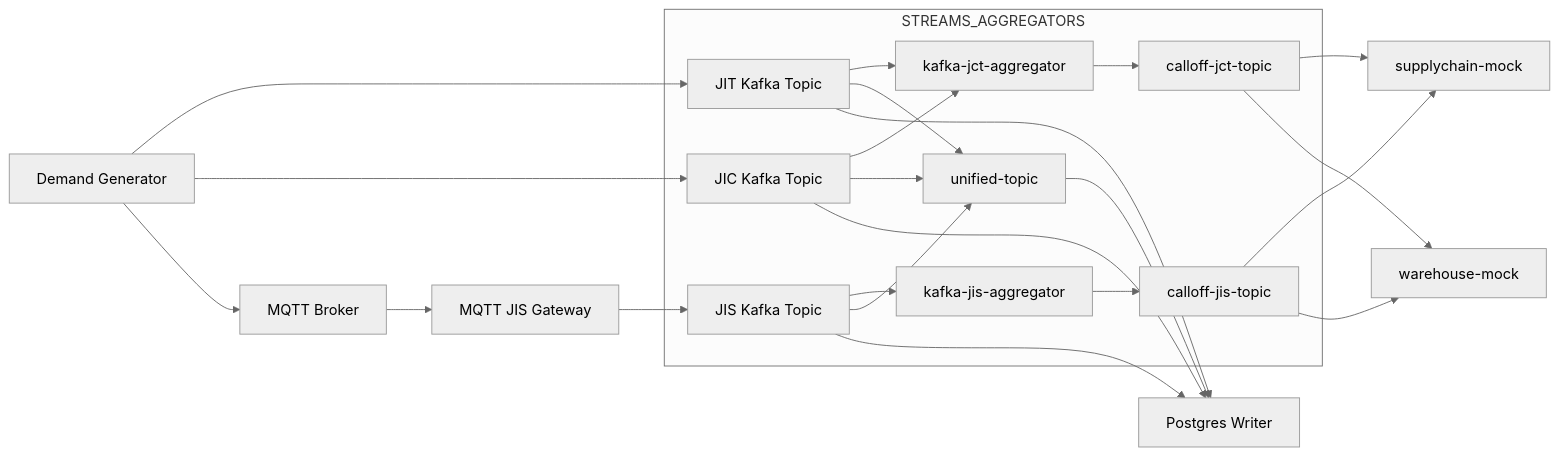
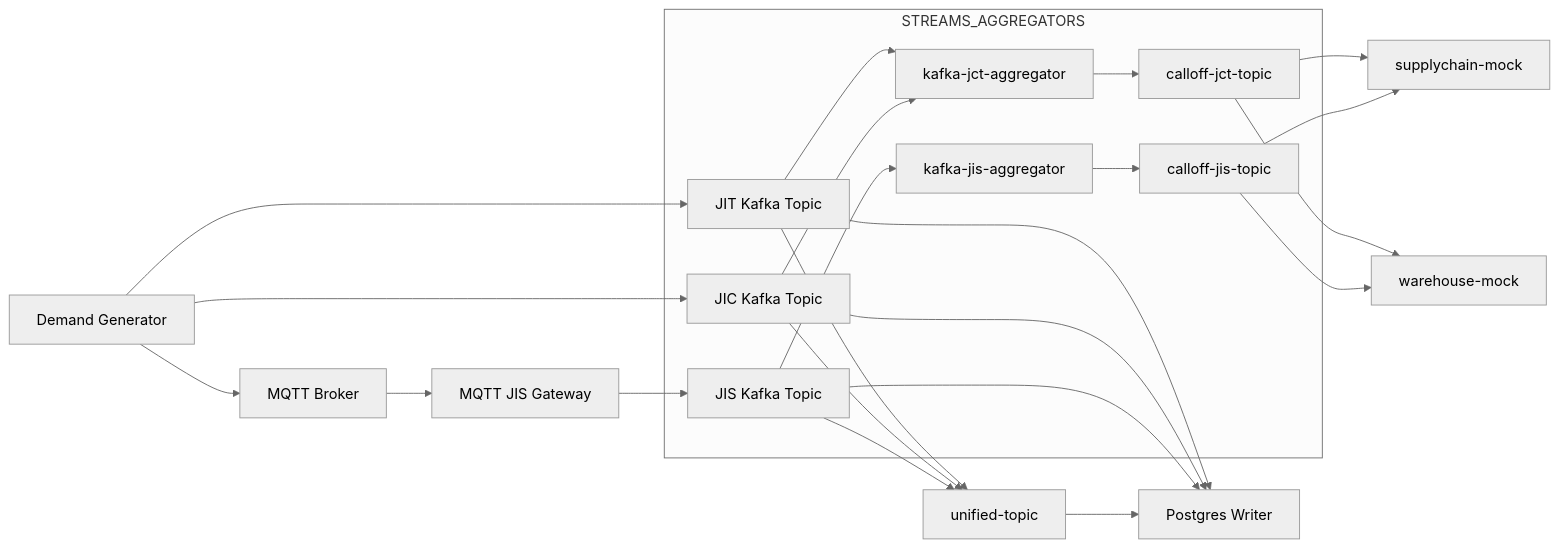
The diagram in README.md (KathiravanMuthaiah/Event-Driven-Logistics-Platform), drawn with Mermaid (neutral theme) before and after one commit. The commit also changed 1 other file, not shown here.

Commit message:
kafka stream flow diagram updated

````diff
--- a/README.md
+++ b/README.md
@@ -250,30 +250,28 @@
 ```mermaid
 flowchart LR
     DG[Demand Generator] --> JIT[JIT Kafka Topic]
     DG --> JIC[JIC Kafka Topic]
     DG --> MQTT[MQTT Broker]
     MQTT --> GW[MQTT JIS Gateway]
     GW --> JIS[JIS Kafka Topic]
 
     subgraph STREAMS_AGGREGATORS
         JIT --> JCT[kafka-jct-aggregator]
         JIC --> JCT[kafka-jct-aggregator]
-        JIT --> UNIFIED[unified-topic]
-        JIC --> UNIFIED[unified-topic]
         JCT --> CALLJCT[calloff-jct-topic]
-
         JIS --> JISAGG[kafka-jis-aggregator]
-        JIS --> UNIFIED[unified-topic]
         JISAGG --> CALLJIS[calloff-jis-topic]
     end
-
+	JIT --> UNIFIED[unified-topic]
+    JIC --> UNIFIED[unified-topic]
+    JIS --> UNIFIED[unified-topic]
     UNIFIED --> DBW[Postgres Writer]
     JIT --> DBW  
     JIC --> DBW
     JIS --> DBW
 
     CALLJCT --> SC[supplychain-mock]
     CALLJIS --> SC
     CALLJCT --> WH[warehouse-mock]
     CALLJIS --> WH
 ```
````
